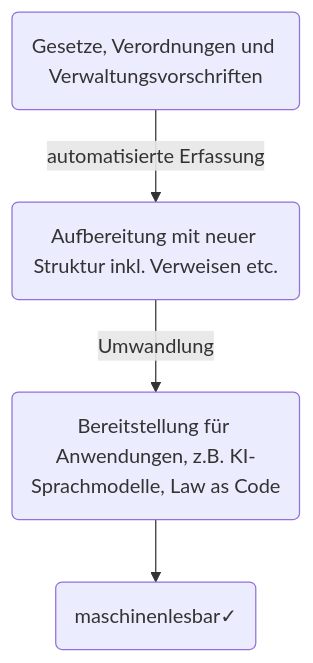
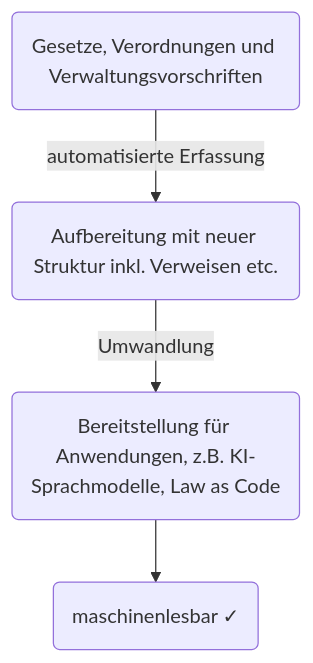
One commit to stefanmaeder/dotgov changed the diagram in slides/02_big-picture.md. Above: the diagram before and after it, drawn with Mermaid.

````diff
--- a/slides/02_big-picture.md
+++ b/slides/02_big-picture.md
@@ -1,6 +1,6 @@
 ```mermaid
 flowchart TD
     A(Gesetze, Verordnungen und Verwaltungsvorschriften) -->|automatisierte Erfassung| B(Aufbereitung mit neuer Struktur inkl. Verweisen etc.)
     B --> |Umwandlung| C(Bereitstellung für Anwendungen, z.B. KI-Sprachmodelle, Law as Code)
-    C --> D(maschinenlesbar✓)
+    C --> D(maschinenlesbar ✓)
 ```
````
